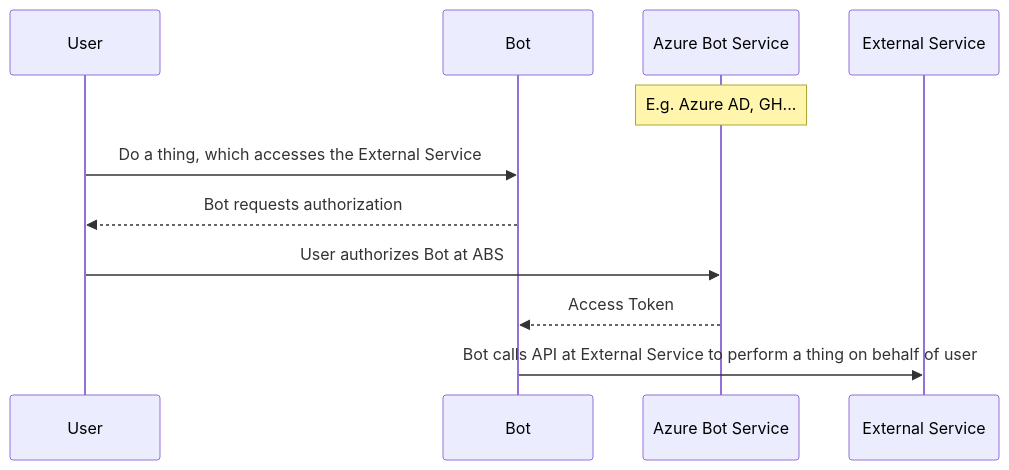
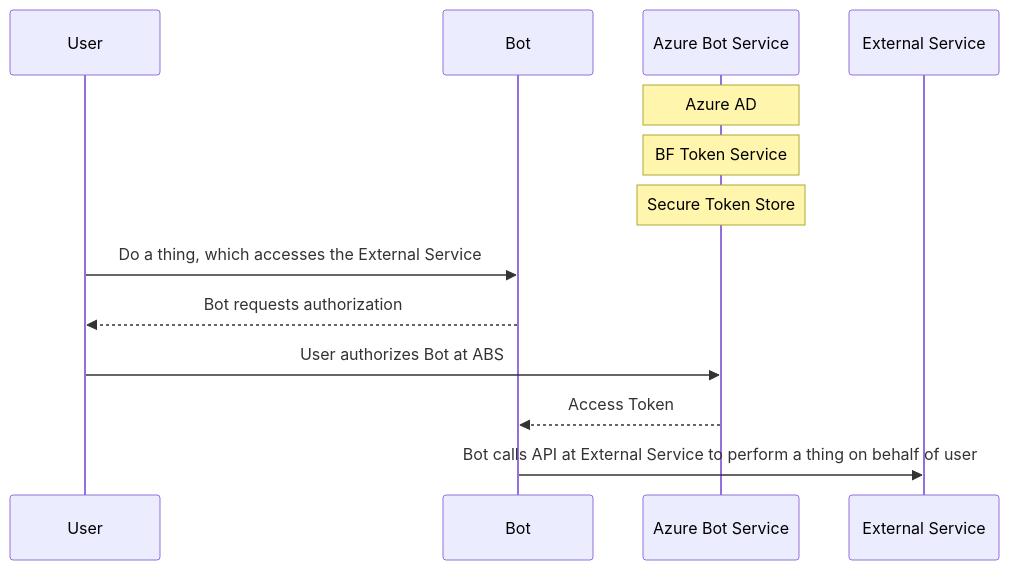
One commit to Zerryth/Mermaid changed the second of 2 diagrams in MarkdownFiles/Authentication/README.MD. Above: the diagram before and after it, drawn with Mermaid. The commit also changed other lines of this file and 6 other files, not shown here.

Commit message:
Created Flow Charts for OAuthPrompt.BeginDialog() and .ContinueDialog()

````diff
--- a/MarkdownFiles/Authentication/README.MD
+++ b/MarkdownFiles/Authentication/README.MD
@@ -28,15 +28,17 @@
 ```mermaid
     sequenceDiagram
 
     participant User
     participant Bot
     participant ABS as Azure Bot Service
-    Note over ABS: E.g. Azure AD, GH...
+    Note over ABS: Azure AD
+    Note over ABS: BF Token Service
+    Note over ABS: Secure Token Store
     participant ExtService as External Service
     
     User ->> Bot: Do a thing, which accesses the External Service
     Bot -->> User: Bot requests authorization
     User ->> ABS: User authorizes Bot at ABS
     ABS -->> Bot: Access Token
     Bot ->> ExtService: Bot calls API at External Service to perform a thing on behalf of user
 ```
````
